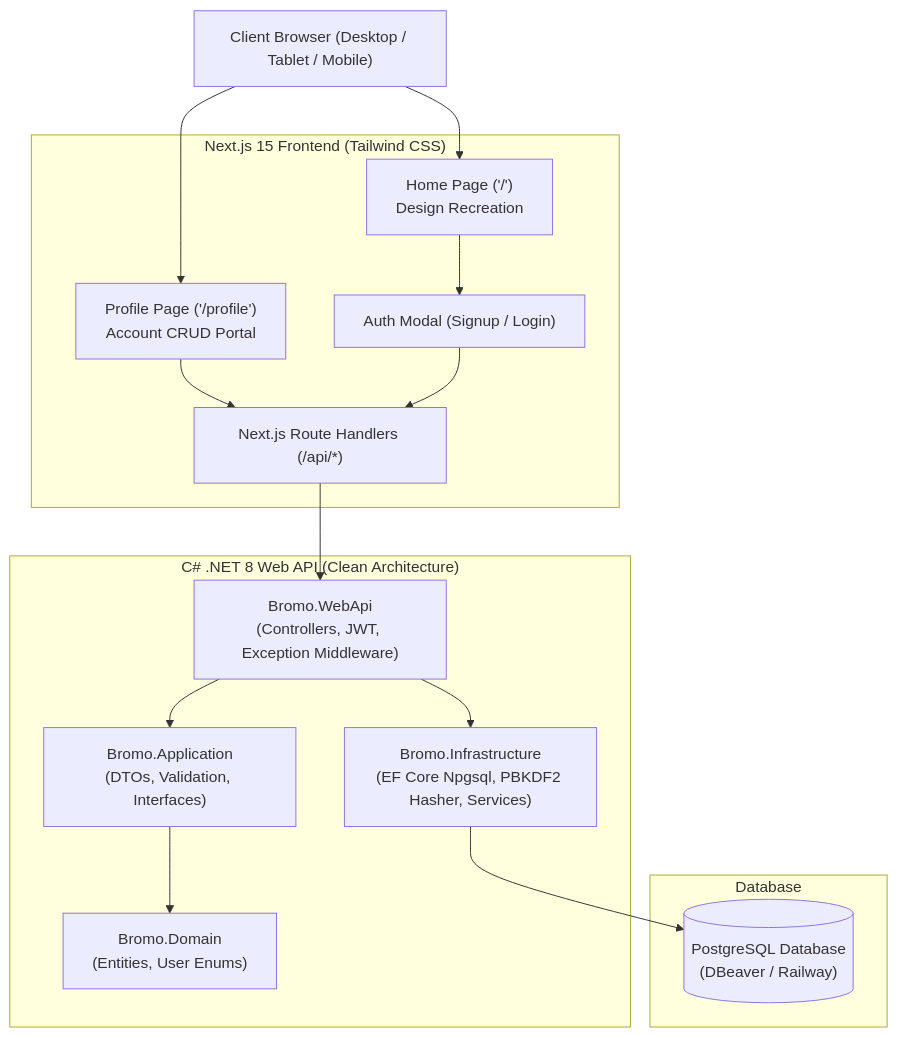
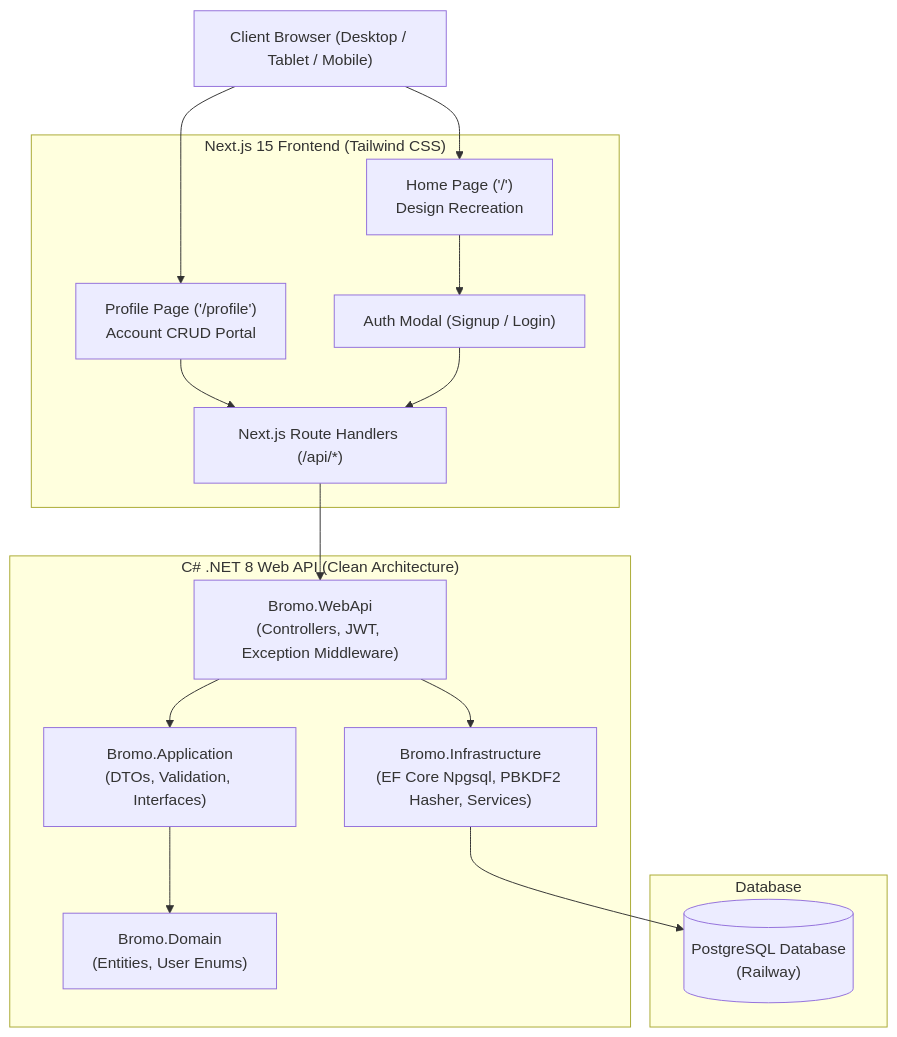
The diagram in README.md (ashriahamed54/wanderlush-magic-of-bromo), drawn with Mermaid before and after one commit. The commit also changed other lines of this file and 2 other files, not shown here.

Commit message:
docs: remove DBeaver references and streamline PostgreSQL EF Core setup

````diff
--- a/README.md
+++ b/README.md
@@ -12,33 +12,33 @@
 ```mermaid
 graph TD
     Client["Client Browser (Desktop / Tablet / Mobile)"]
     
     subgraph Frontend["Next.js 15 Frontend (Tailwind CSS)"]
         HomePage["Home Page ('/')<br/>Design Recreation"]
         ProfilePage["Profile Page ('/profile')<br/>Account CRUD Portal"]
         AuthModal["Auth Modal (Signup / Login)"]
         NextApi["Next.js Route Handlers (/api/*)"]
     end
     
     subgraph Backend["C# .NET 8 Web API (Clean Architecture)"]
         WebApi["Bromo.WebApi<br/>(Controllers, JWT, Exception Middleware)"]
         Application["Bromo.Application<br/>(DTOs, Validation, Interfaces)"]
         Domain["Bromo.Domain<br/>(Entities, User Enums)"]
         Infrastructure["Bromo.Infrastructure<br/>(EF Core Npgsql, PBKDF2 Hasher, Services)"]
     end
     
     subgraph Database["Database"]
-        Postgres[("PostgreSQL Database<br/>(DBeaver / Railway)")]
+        Postgres[("PostgreSQL Database<br/>(Railway)")]
     end
 
     Client --> HomePage
     Client --> ProfilePage
     HomePage --> AuthModal
     ProfilePage --> NextApi
     AuthModal --> NextApi
     NextApi --> WebApi
     WebApi --> Application
     Application --> Domain
     WebApi --> Infrastructure
     Infrastructure --> Postgres
 ```
````
